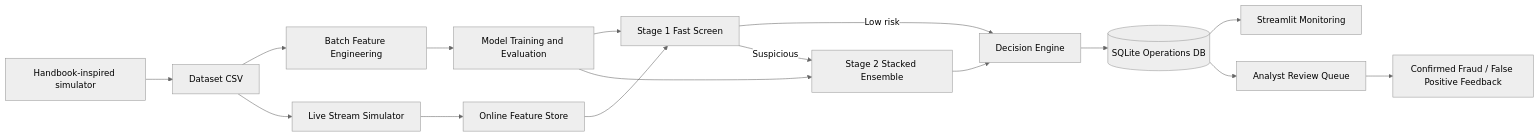
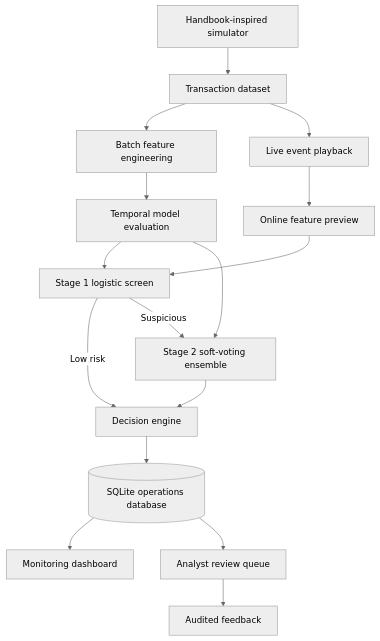
The diagram in ARCHITECTURE.md (mzatylny/fraud_ops), drawn with Mermaid (neutral theme) before and after one commit. The commit also changed other lines of this file and 22 other files, not shown here.

````diff
--- a/ARCHITECTURE.md
+++ b/ARCHITECTURE.md
@@ -3,18 +3,18 @@
 ```mermaid
-flowchart LR
-    A[Handbook-inspired simulator] --> B[Dataset CSV]
-    B --> C[Batch Feature Engineering]
-    C --> D[Model Training and Evaluation]
-    D --> E1[Stage 1 Fast Screen]
-    D --> E2[Stage 2 Stacked Ensemble]
-    B --> F[Live Stream Simulator]
-    F --> G[Online Feature Store]
+flowchart TD
+    A[Handbook-inspired simulator] --> B[Transaction dataset]
+    B --> C[Batch feature engineering]
+    C --> D[Temporal model evaluation]
+    D --> E1[Stage 1 logistic screen]
+    D --> E2[Stage 2 soft-voting ensemble]
+    B --> F[Live event playback]
+    F --> G[Online feature preview]
     G --> E1
-    E1 -->|Low risk| H[Decision Engine]
+    E1 -->|Low risk| H[Decision engine]
     E1 -->|Suspicious| E2
     E2 --> H
-    H --> I[(SQLite Operations DB)]
-    I --> J[Streamlit Monitoring]
-    I --> K[Analyst Review Queue]
-    K --> L[Confirmed Fraud / False Positive Feedback]
+    H --> I[(SQLite operations database)]
+    I --> J[Monitoring dashboard]
+    I --> K[Analyst review queue]
+    K --> L[Audited feedback]
 ```
````
